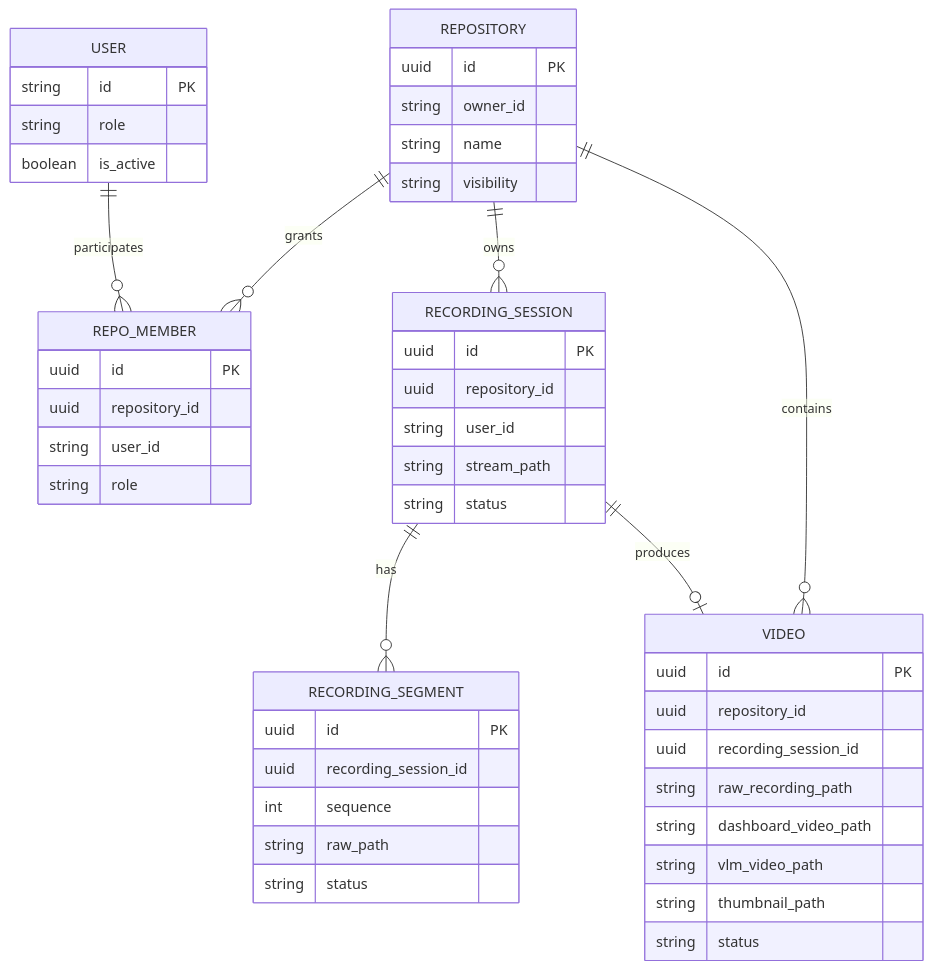
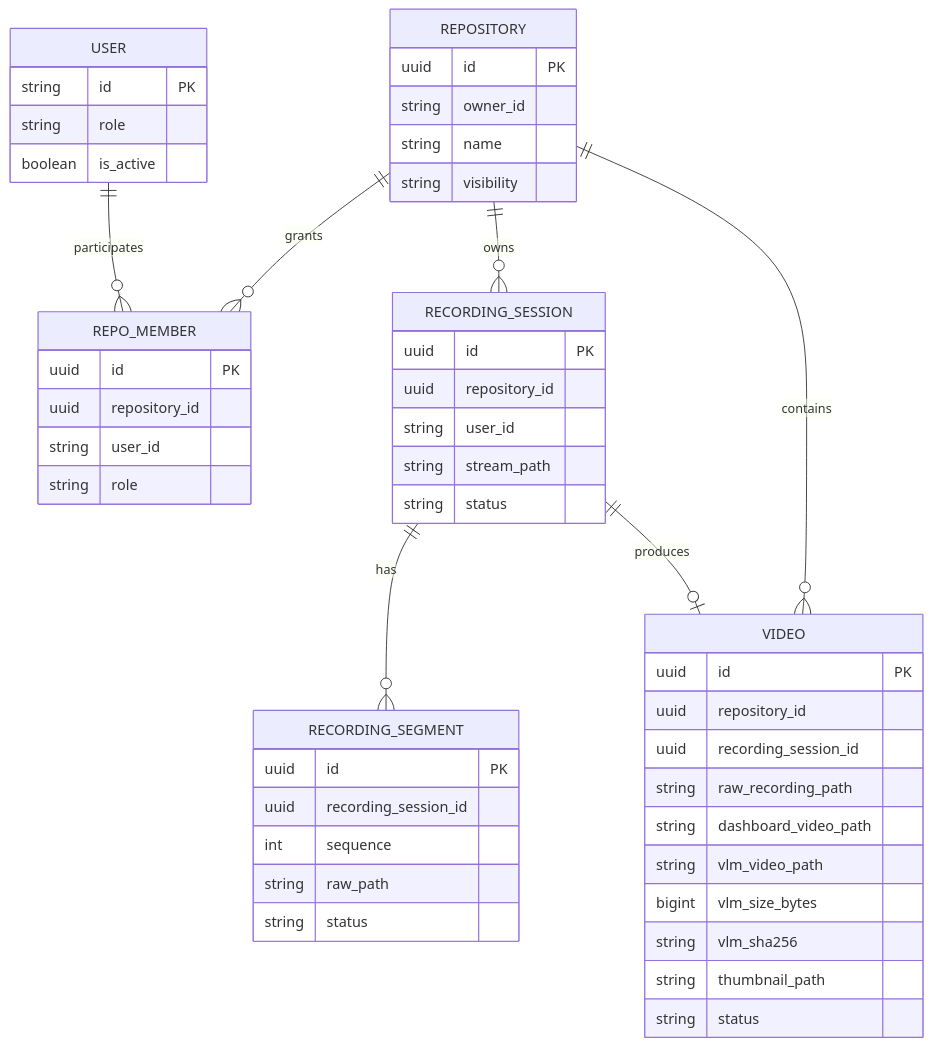
One commit to ego-flow/ego-flow-server changed the second of 2 diagrams in docs/04. project_architecture.md. Above: the diagram before and after it, drawn with Mermaid. The commit also changed 8 other files, not shown here.

````diff
--- a/docs/04. project_architecture.md
+++ b/docs/04. project_architecture.md
@@ -70,56 +70,58 @@
 ```mermaid
 erDiagram
     USER ||--o{ REPO_MEMBER : participates
     REPOSITORY ||--o{ REPO_MEMBER : grants
     REPOSITORY ||--o{ RECORDING_SESSION : owns
     REPOSITORY ||--o{ VIDEO : contains
     RECORDING_SESSION ||--o{ RECORDING_SEGMENT : has
     RECORDING_SESSION ||--o| VIDEO : produces
 
     USER {
         string id PK
         string role
         boolean is_active
     }
 
     REPOSITORY {
         uuid id PK
         string owner_id
         string name
         string visibility
     }
 
     REPO_MEMBER {
         uuid id PK
         uuid repository_id
         string user_id
         string role
     }
 
     RECORDING_SESSION {
         uuid id PK
         uuid repository_id
         string user_id
         string stream_path
         string status
     }
 
     RECORDING_SEGMENT {
         uuid id PK
         uuid recording_session_id
         int sequence
         string raw_path
         string status
     }
 
     VIDEO {
         uuid id PK
         uuid repository_id
         uuid recording_session_id
         string raw_recording_path
         string dashboard_video_path
         string vlm_video_path
+        bigint vlm_size_bytes
+        string vlm_sha256
         string thumbnail_path
         string status
     }
 ```
````
